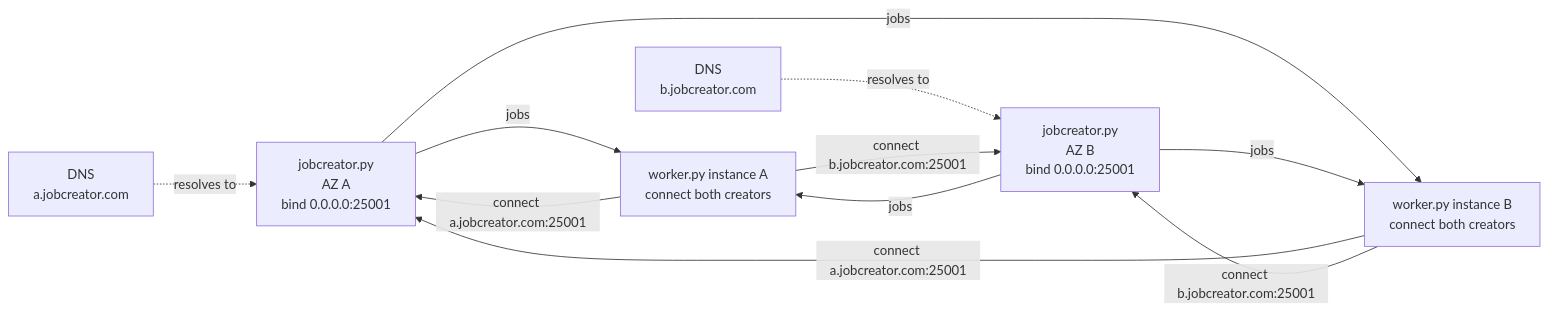
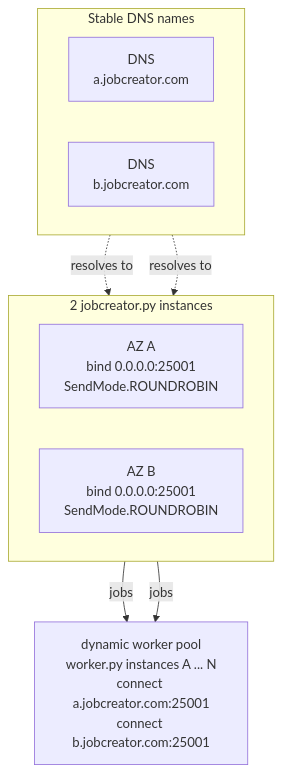
The third of 6 diagrams in README.md (cjrh/aiomsg), drawn with Mermaid before and after one commit. The commit also changed other lines of this file, not shown here.

First line of the commit message:
Refine cookbook diagram layout

````diff
--- a/README.md
+++ b/README.md
@@ -746,13 +746,21 @@
 ```mermaid
-flowchart LR
-    DNSA["DNS<br/>a.jobcreator.com"] -. "resolves to" .-> JCA["jobcreator.py<br/>AZ A<br/>bind 0.0.0.0:25001"]
-    DNSB["DNS<br/>b.jobcreator.com"] -. "resolves to" .-> JCB["jobcreator.py<br/>AZ B<br/>bind 0.0.0.0:25001"]
-    W1["worker.py instance A<br/>connect both creators"] -->|"connect a.jobcreator.com:25001"| JCA
-    W1 -->|"connect b.jobcreator.com:25001"| JCB
-    W2["worker.py instance B<br/>connect both creators"] -->|"connect a.jobcreator.com:25001"| JCA
-    W2 -->|"connect b.jobcreator.com:25001"| JCB
-    JCA -->|"jobs"| W1
-    JCA -->|"jobs"| W2
-    JCB -->|"jobs"| W1
-    JCB -->|"jobs"| W2
+flowchart TB
+    subgraph Names["Stable DNS names"]
+        direction LR
+        DNSA["DNS<br/>a.jobcreator.com"]
+        DNSB["DNS<br/>b.jobcreator.com"]
+    end
+
+    subgraph Creators["2 jobcreator.py instances"]
+        direction LR
+        JCA["AZ A<br/>bind 0.0.0.0:25001<br/>SendMode.ROUNDROBIN"]
+        JCB["AZ B<br/>bind 0.0.0.0:25001<br/>SendMode.ROUNDROBIN"]
+    end
+
+    Workers["dynamic worker pool<br/>worker.py instances A ... N<br/>connect a.jobcreator.com:25001<br/>connect b.jobcreator.com:25001"]
+
+    DNSA -. "resolves to" .-> JCA
+    DNSB -. "resolves to" .-> JCB
+    JCA -->|"jobs"| Workers
+    JCB -->|"jobs"| Workers
 ```
````
